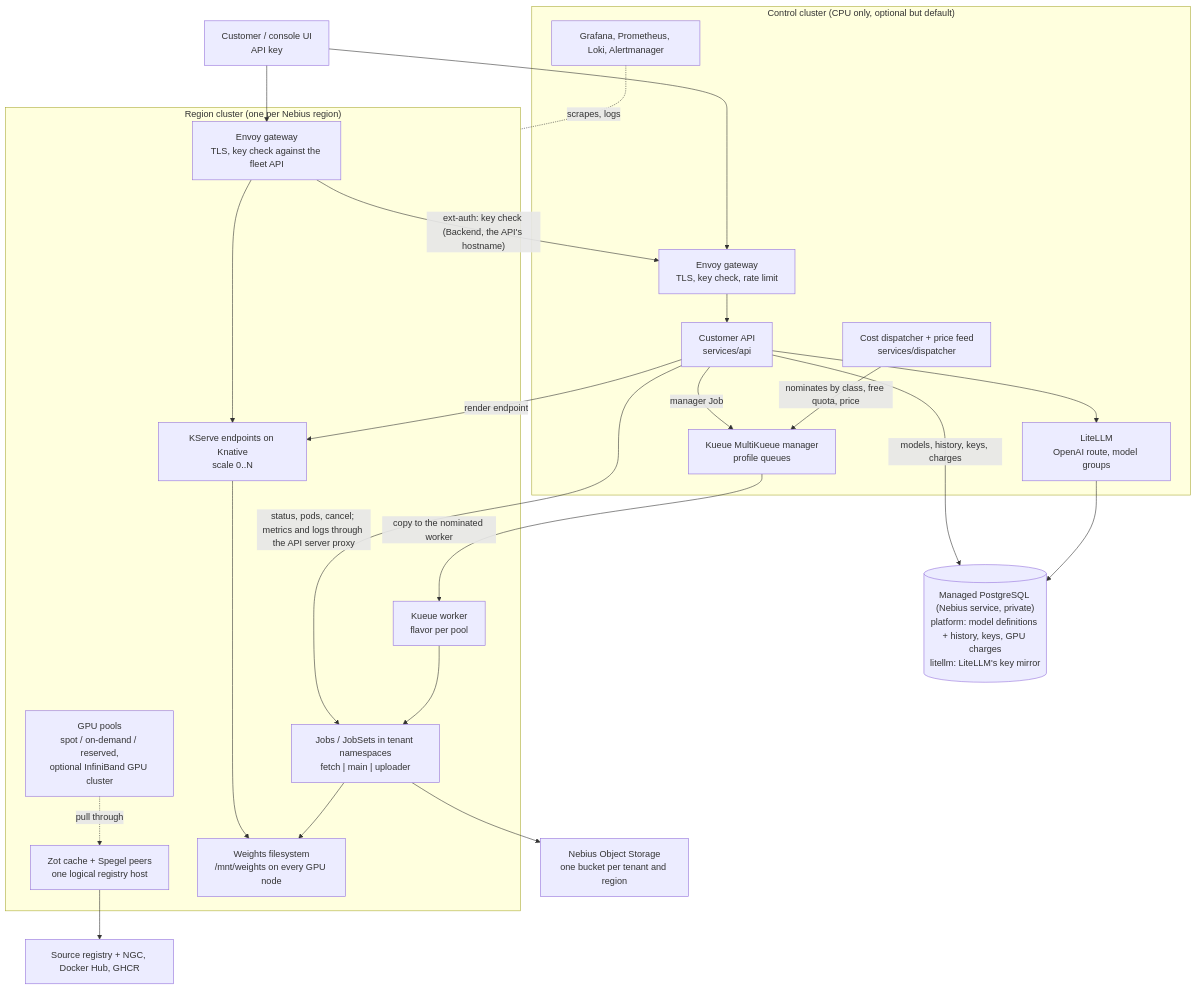
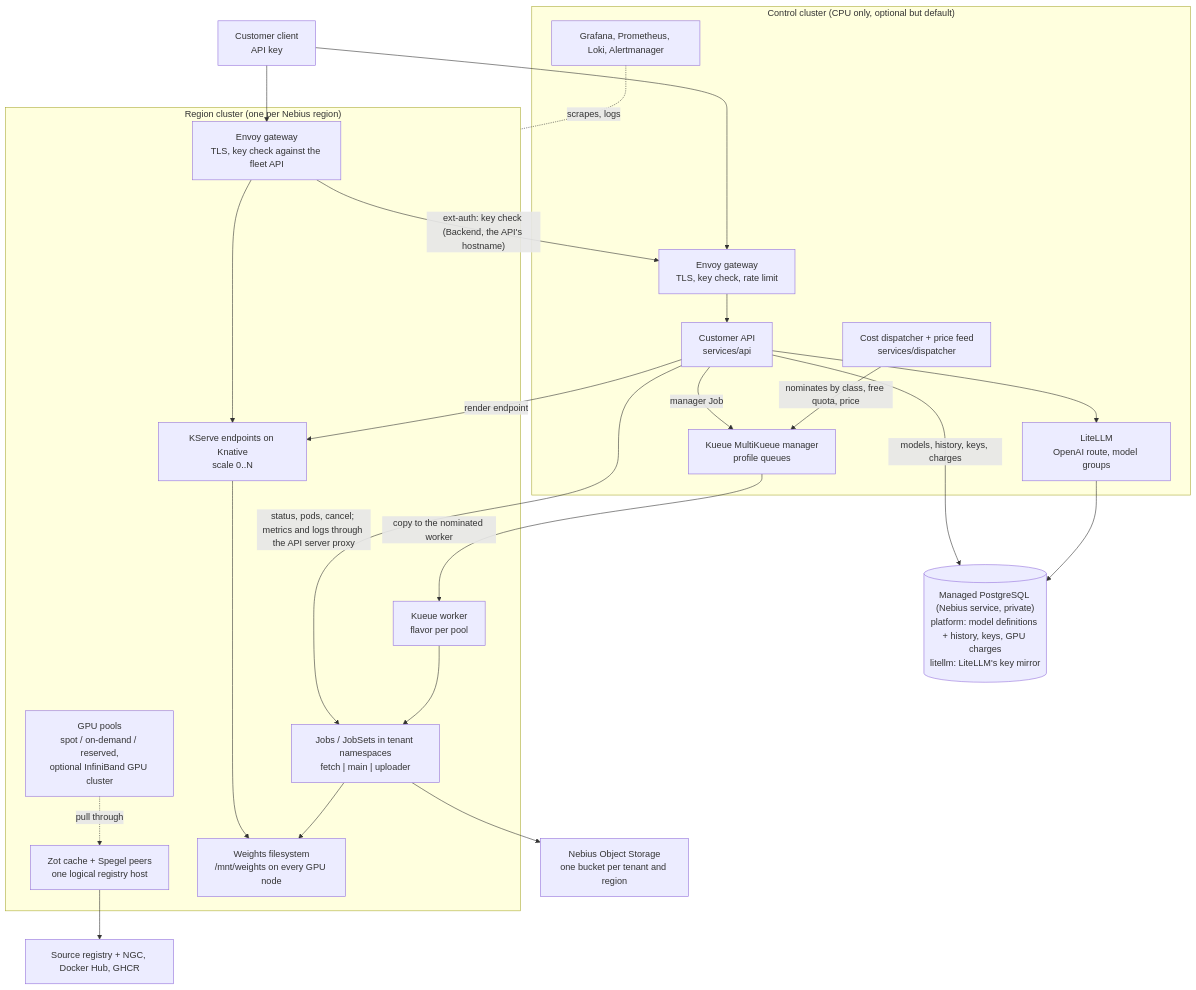
The first of 3 diagrams in k8s-inference/docs/ARCHITECTURE.md (nebius/nebius-solutions-library), drawn with Mermaid before and after one commit. The commit also changed other lines of this file and 72 other files, not shown here.

````diff
--- a/k8s-inference/docs/ARCHITECTURE.md
+++ b/k8s-inference/docs/ARCHITECTURE.md
@@ -7,47 +7,47 @@
 ```mermaid
 flowchart TB
-    client["Customer / console UI<br/>API key"]
+    client["Customer client<br/>API key"]
 
     subgraph control["Control cluster (CPU only, optional but default)"]
         gwc["Envoy gateway<br/>TLS, key check, rate limit"]
         api["Customer API<br/>services/api"]
         litellm["LiteLLM<br/>OpenAI route, model groups"]
         kueuem["Kueue MultiKueue manager<br/>profile queues"]
         disp["Cost dispatcher + price feed<br/>services/dispatcher"]
         obs["Grafana, Prometheus, Loki, Alertmanager"]
     end
 
     subgraph region["Region cluster (one per Nebius region)"]
         gw["Envoy gateway<br/>TLS, key check against the fleet API"]
         ep["KServe endpoints on Knative<br/>scale 0..N"]
         kueuew["Kueue worker<br/>flavor per pool"]
         jobs["Jobs / JobSets in tenant namespaces<br/>fetch | main | uploader"]
         cache["Zot cache + Spegel peers<br/>one logical registry host"]
         fs["Weights filesystem<br/>/mnt/weights on every GPU node"]
         pools["GPU pools<br/>spot / on-demand / reserved,<br/>optional InfiniBand GPU cluster"]
     end
 
     db[("Managed PostgreSQL (Nebius service, private)<br/>platform: model definitions + history, keys, GPU charges<br/>litellm: LiteLLM's key mirror")]
     s3["Nebius Object Storage<br/>one bucket per tenant and region"]
     reg["Source registry + NGC, Docker Hub, GHCR"]
 
     client --> gwc --> api
     client --> gw
     api --> litellm
     api -- "models, history, keys, charges" --> db
     litellm --> db
     api -- "render endpoint" --> ep
     api -- "manager Job" --> kueuem
     kueuem -- "copy to the nominated worker" --> kueuew
     disp -- "nominates by class, free quota, price" --> kueuem
     api -- "status, pods, cancel; metrics and logs through the API server proxy" --> jobs
     gw -- "ext-auth: key check (Backend, the API's hostname)" --> gwc
     gw --> ep
     kueuew --> jobs
     jobs --> s3
     ep --> fs
     jobs --> fs
     cache --> reg
     pools -. "pull through" .-> cache
     obs -. "scrapes, logs" .- region
 ```
````
